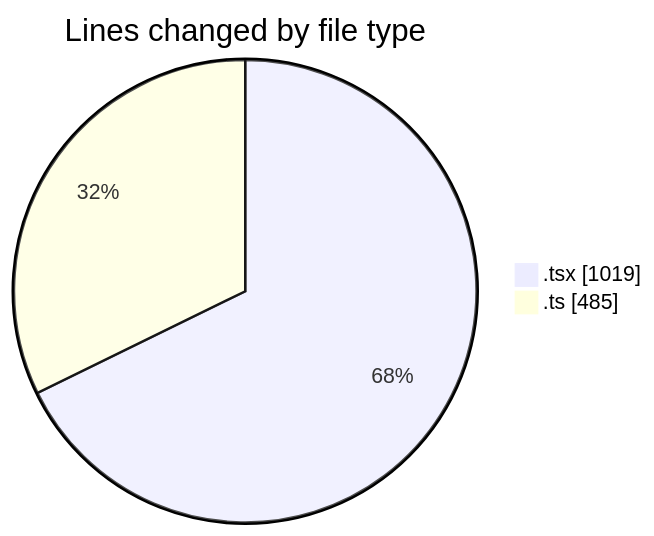
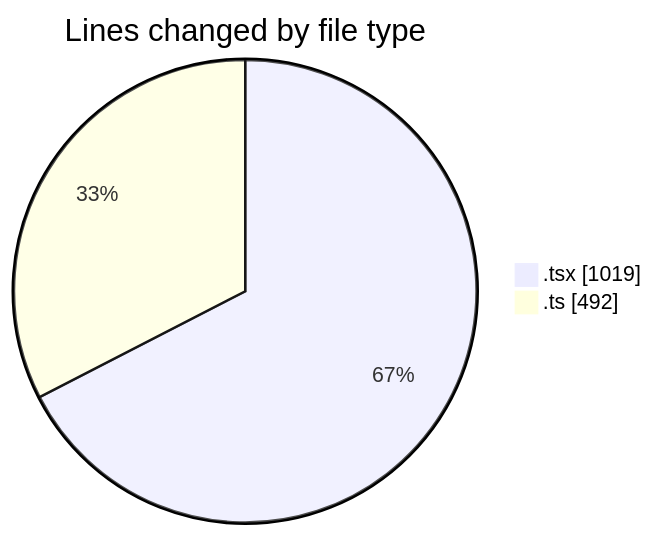
One commit to nxtqubesakshisongat/code-tracking changed the first of 2 diagrams in 2026-02-19/nxtqube_webapp/README.md. Above: the diagram before and after it, drawn with Mermaid. The commit also changed other lines of this file and 1 other file, not shown here.

````diff
--- a/2026-02-19/nxtqube_webapp/README.md
+++ b/2026-02-19/nxtqube_webapp/README.md
@@ -22,6 +22,6 @@
 ```mermaid
 pie showData
 title Lines changed by file type
 ".tsx" : 1019
-".ts" : 485
+".ts" : 492
 ```
````
